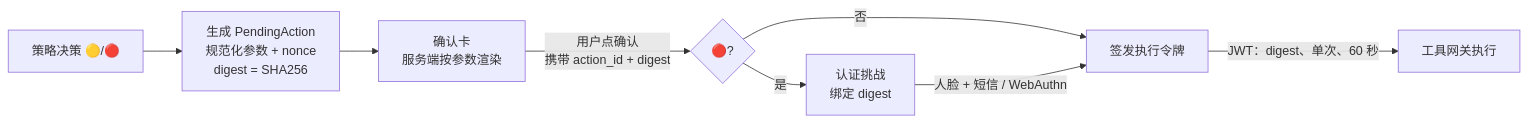
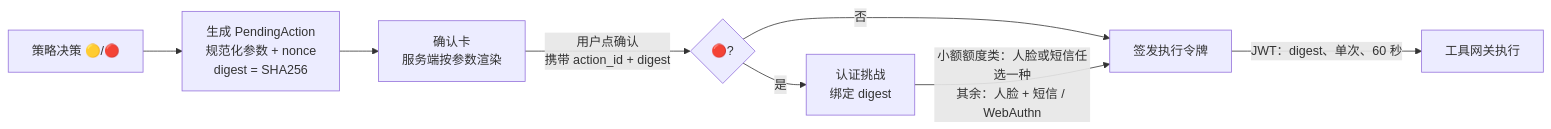
Before and after one commit to SuperWheel/saydo-agent: the fifth of 9 diagrams in docs/02-产品技术文档.md, drawn with Mermaid. The commit also changed other lines of this file and 16 other files, not shown here.

````diff
--- a/docs/02-产品技术文档.md
+++ b/docs/02-产品技术文档.md
@@ -609,10 +609,10 @@
 ```mermaid
 flowchart LR
     A[策略决策 🟡/🔴] --> B[生成 PendingAction<br/>规范化参数 + nonce<br/>digest = SHA256]
     B --> C[确认卡<br/>服务端按参数渲染]
     C -->|用户点确认<br/>携带 action_id + digest| D{🔴?}
     D -->|否| F[签发执行令牌]
     D -->|是| E[认证挑战<br/>绑定 digest]
-    E -->|人脸 + 短信 / WebAuthn| F
+    E -->|小额额度类：人脸或短信任选一种<br/>其余：人脸 + 短信 / WebAuthn| F
     F -->|JWT：digest、单次、60 秒| G[工具网关执行]
 ```
````
